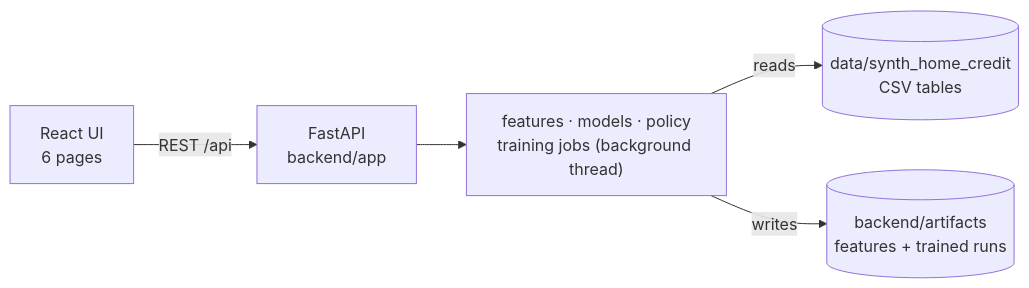
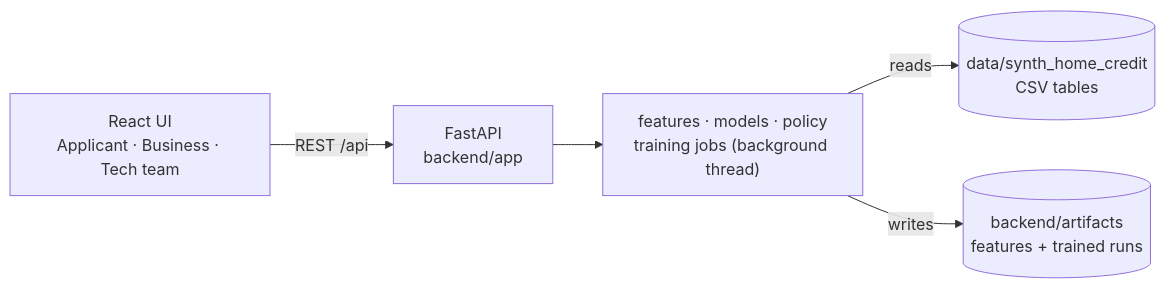
Before and after one commit to Break-Through-Tech/American-Express-1C-second-look-lending: the first of 4 diagrams in README.md, drawn with Mermaid. The commit also changed other lines of this file and 39 other files, not shown here.

````diff
--- a/README.md
+++ b/README.md
@@ -92,7 +100,7 @@
 ```mermaid
 flowchart LR
-    UI["React UI<br/>6 pages"] -- "REST /api" --> API["FastAPI<br/>backend/app"]
+    UI["React UI<br/>Applicant · Business · Tech team"] -- "REST /api" --> API["FastAPI<br/>backend/app"]
     API --> ML["features · models · policy<br/>training jobs (background thread)"]
     ML -- reads --> DATA[("data/synth_home_credit<br/>CSV tables")]
     ML -- writes --> ART[("backend/artifacts<br/>features + trained runs")]
 ```
````
